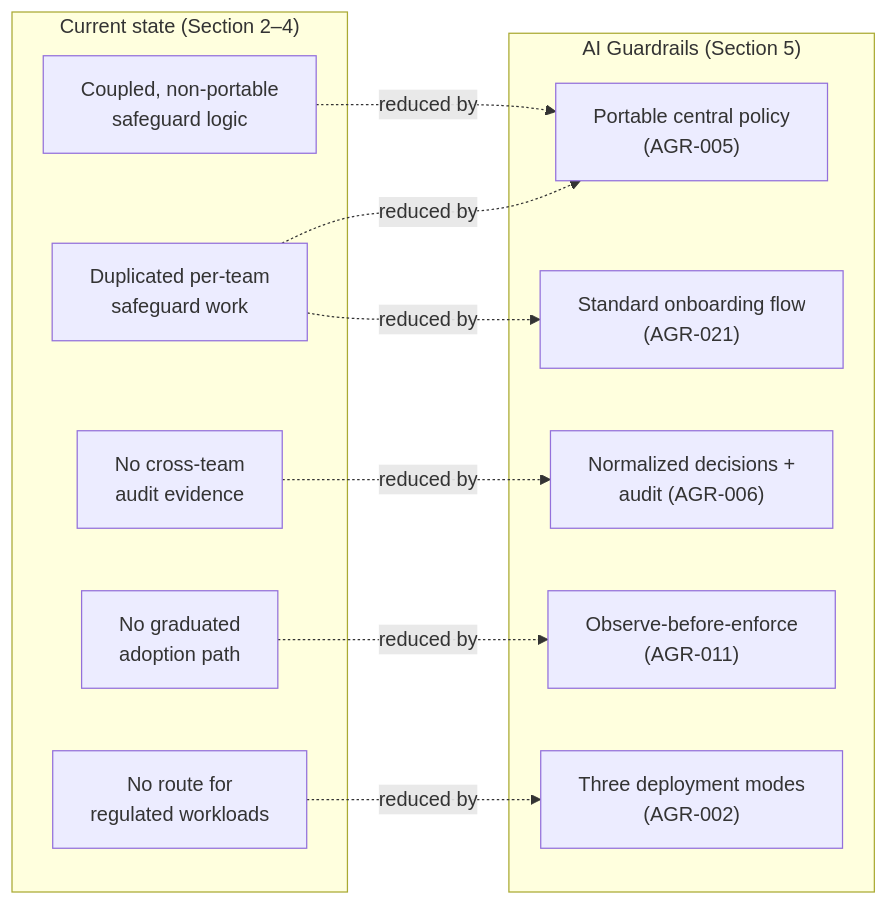
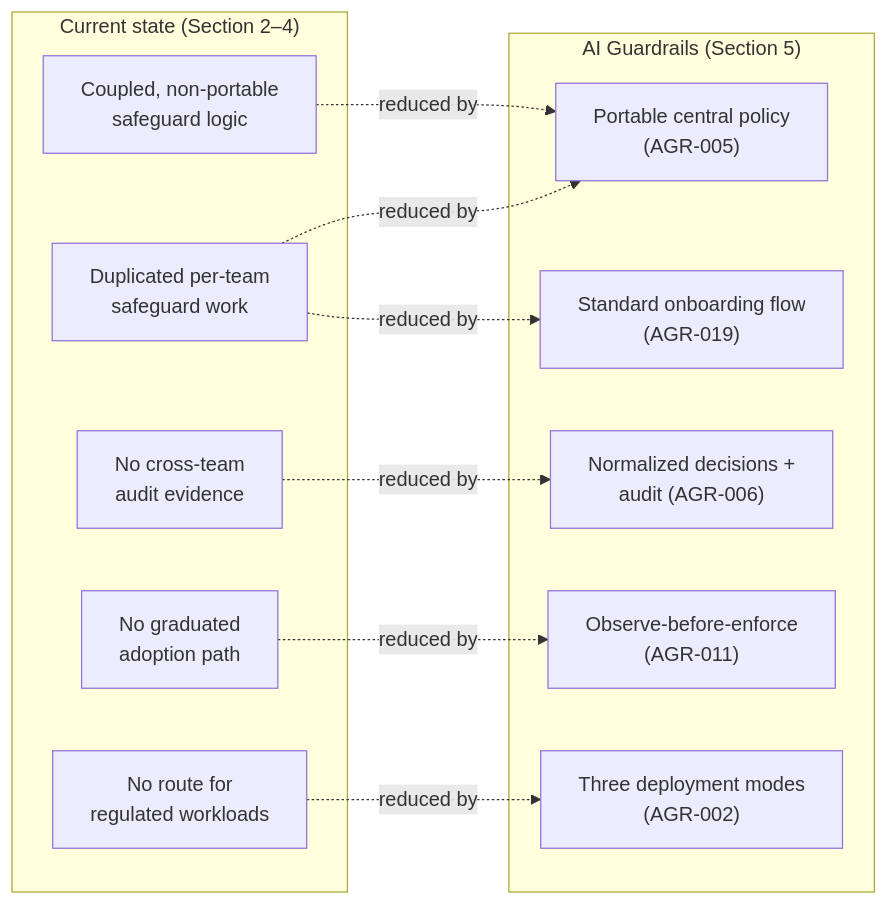
Before and after one commit to veglezMX/guardrails: the diagram in solution-docs/30-executive/BUSINESS-CASE.md, drawn with Mermaid. The commit also changed other lines of this file and 70 other files, not shown here.

````diff
--- a/solution-docs/30-executive/BUSINESS-CASE.md
+++ b/solution-docs/30-executive/BUSINESS-CASE.md
@@ -124,23 +124,23 @@
 ```mermaid
 flowchart LR
     subgraph Current["Current state (Section 2–4)"]
         C1["Duplicated per-team<br/>safeguard work"]
         C2["Coupled, non-portable<br/>safeguard logic"]
         C3["No graduated<br/>adoption path"]
         C4["No cross-team<br/>audit evidence"]
         C5["No route for<br/>regulated workloads"]
     end
     subgraph Platform["AI Guardrails (Section 5)"]
         B1["Portable central policy<br/>(AGR-005)"]
-        B2["Standard onboarding flow<br/>(AGR-021)"]
+        B2["Standard onboarding flow<br/>(AGR-019)"]
         B3["Normalized decisions +<br/>audit (AGR-006)"]
         B4["Observe-before-enforce<br/>(AGR-011)"]
         B5["Three deployment modes<br/>(AGR-002)"]
     end
     C1 -.reduced by.-> B1
     C2 -.reduced by.-> B1
     C3 -.reduced by.-> B4
     C4 -.reduced by.-> B3
     C5 -.reduced by.-> B5
     C1 -.reduced by.-> B2
 ```
````
